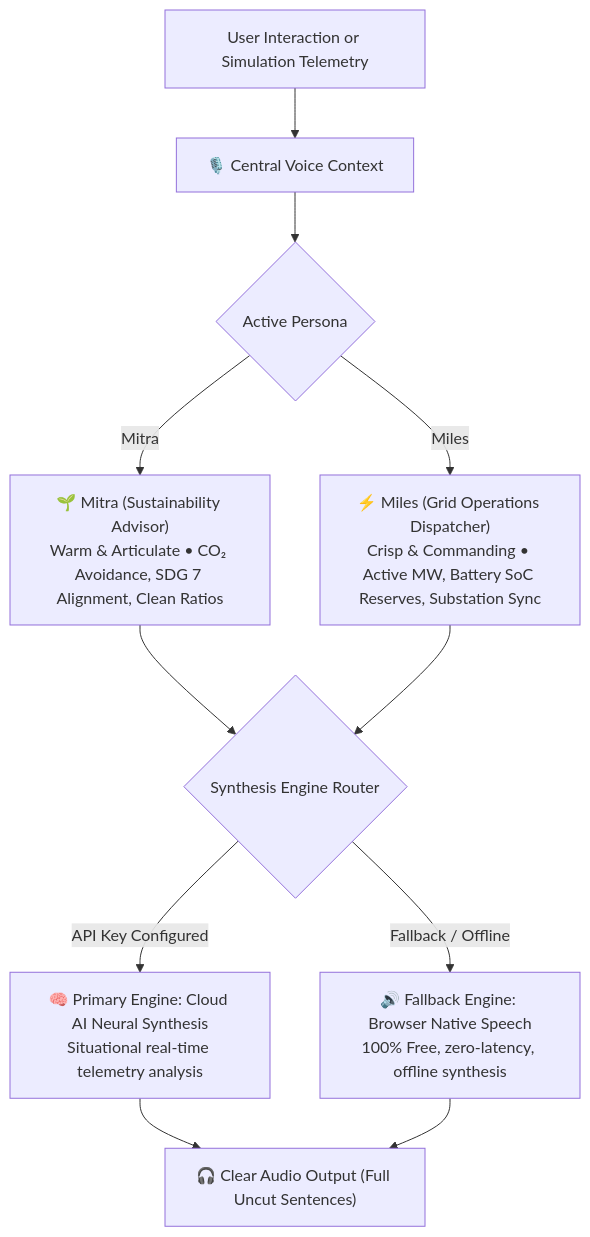
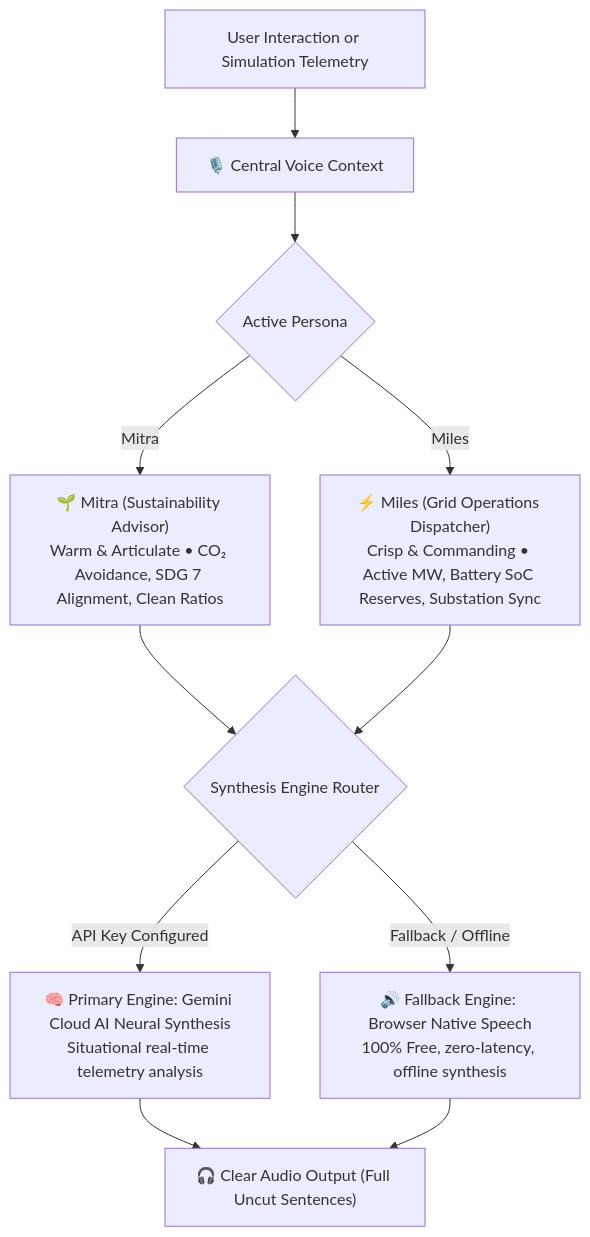
Before and after one commit to Vinay-vaja/SET_project: the sixth of 6 diagrams in README.md, drawn with Mermaid. The commit also changed other lines of this file, not shown here.

````diff
--- a/README.md
+++ b/README.md
@@ -147,17 +180,17 @@
 ```mermaid
 flowchart TD
     EVENT["User Interaction or Simulation Telemetry"] --> VOICE_CTX["🎙️ Central Voice Context"]
 
     VOICE_CTX --> PERSONA_PICK{"Active Persona"}
     PERSONA_PICK -->|Mitra| MITRA["🌱 Mitra (Sustainability Advisor)<br/>Warm & Articulate • CO₂ Avoidance, SDG 7 Alignment, Clean Ratios"]
     PERSONA_PICK -->|Miles| MILES["⚡ Miles (Grid Operations Dispatcher)<br/>Crisp & Commanding • Active MW, Battery SoC Reserves, Substation Sync"]
 
     MITRA --> ROUTER{"Synthesis Engine Router"}
     MILES --> ROUTER
 
-    ROUTER -->|API Key Configured| CLOUD["🧠 Primary Engine: Cloud AI Neural Synthesis<br/>Situational real-time telemetry analysis"]
+    ROUTER -->|API Key Configured| CLOUD["🧠 Primary Engine: Gemini Cloud AI Neural Synthesis<br/>Situational real-time telemetry analysis"]
     ROUTER -->|Fallback / Offline| BROWSER["🔊 Fallback Engine: Browser Native Speech<br/>100% Free, zero-latency, offline synthesis"]
 
     CLOUD --> AUDIO["🎧 Clear Audio Output (Full Uncut Sentences)"]
     BROWSER --> AUDIO
 ```
````
